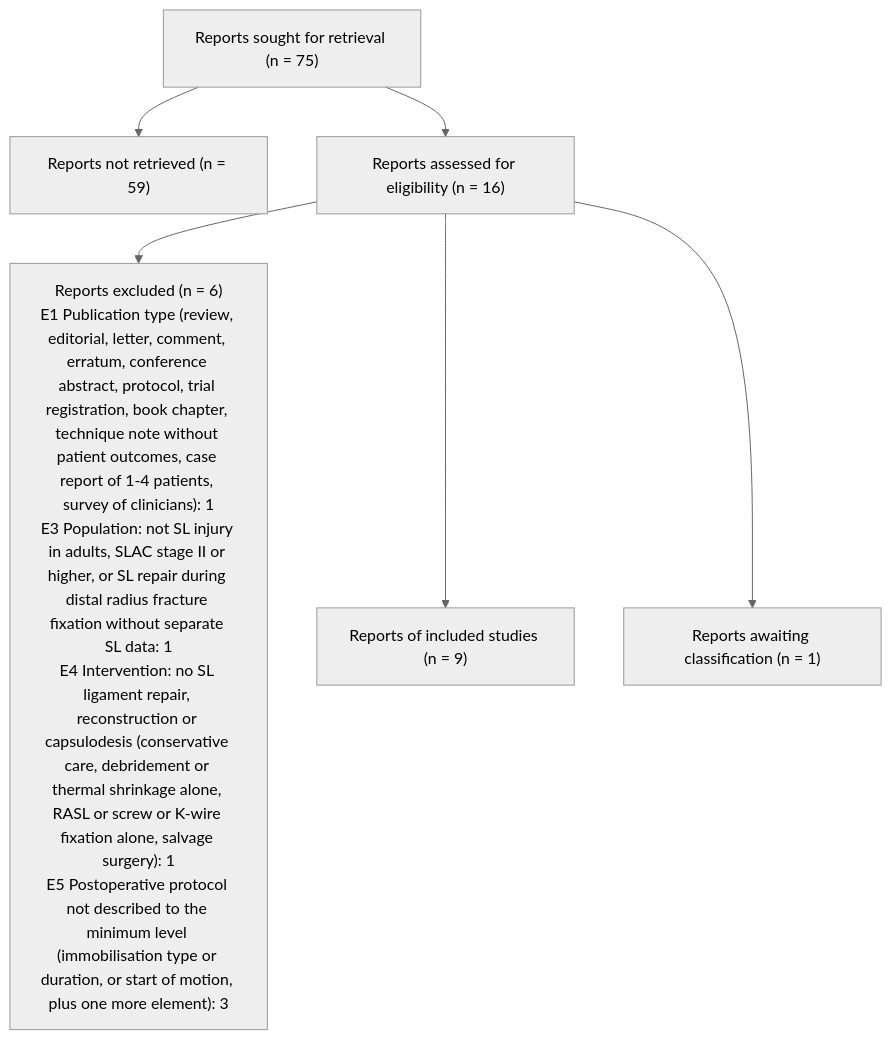
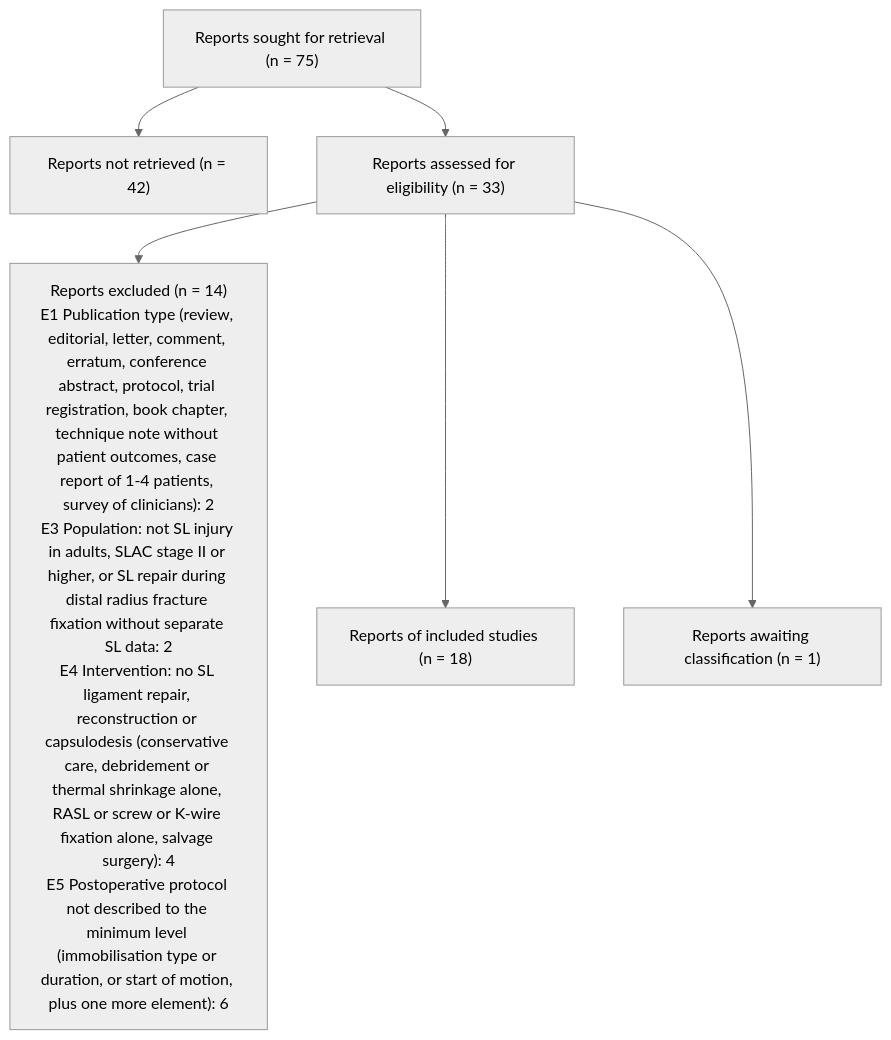
One commit to hora3008/academic-research-skills changed the diagram in tfe-ligamentoplastie-SL/etape1_recherche/phase2/tri/Screening_FT/FT_prisma_counts.md. Above: the diagram before and after it, drawn with Mermaid (neutral theme). The commit also changed other lines of this file and 23 other files, not shown here.

````diff
--- a/tfe-ligamentoplastie-SL/etape1_recherche/phase2/tri/Screening_FT/FT_prisma_counts.md
+++ b/tfe-ligamentoplastie-SL/etape1_recherche/phase2/tri/Screening_FT/FT_prisma_counts.md
@@ -3,14 +3,14 @@
 ```mermaid
 flowchart TD
   F["Reports sought for retrieval (n = 75)"]
-  N["Reports not retrieved (n = 59)"]
-  E["Reports assessed for eligibility (n = 16)"]
-  X["Reports excluded (n = 6)<br/>E1 Publication type (review, editorial, letter, comment, erratum, conference abstract, protocol, trial registration, book chapter, technique note without patient outcomes, case report of 1-4 patients, survey of clinicians): 1<br/>E3 Population: not SL injury in adults, SLAC stage II or higher, or SL repair during distal radius fracture fixation without separate SL data: 1<br/>E4 Intervention: no SL ligament repair, reconstruction or capsulodesis (conservative care, debridement or thermal shrinkage alone, RASL or screw or K-wire fixation alone, salvage surgery): 1<br/>E5 Postoperative protocol not described to the minimum level (immobilisation type or duration, or start of motion, plus one more element): 3"]
-  C["Reports of included studies (n = 9)"]
+  N["Reports not retrieved (n = 42)"]
+  E["Reports assessed for eligibility (n = 33)"]
+  X["Reports excluded (n = 14)<br/>E1 Publication type (review, editorial, letter, comment, erratum, conference abstract, protocol, trial registration, book chapter, technique note without patient outcomes, case report of 1-4 patients, survey of clinicians): 2<br/>E3 Population: not SL injury in adults, SLAC stage II or higher, or SL repair during distal radius fracture fixation without separate SL data: 2<br/>E4 Intervention: no SL ligament repair, reconstruction or capsulodesis (conservative care, debridement or thermal shrinkage alone, RASL or screw or K-wire fixation alone, salvage surgery): 4<br/>E5 Postoperative protocol not described to the minimum level (immobilisation type or duration, or start of motion, plus one more element): 6"]
+  C["Reports of included studies (n = 18)"]
   U["Reports awaiting classification (n = 1)"]
   F --> N
   F --> E
   E --> X
   E --> C
   E --> U
 ```
````
